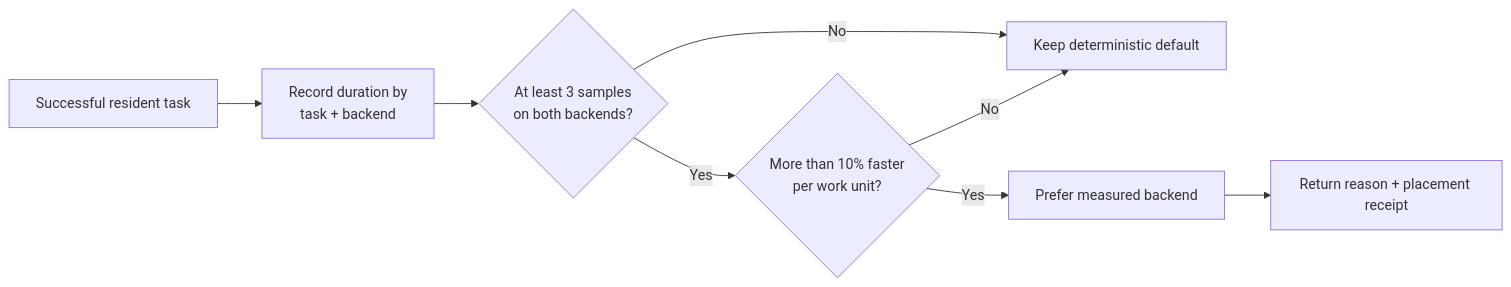
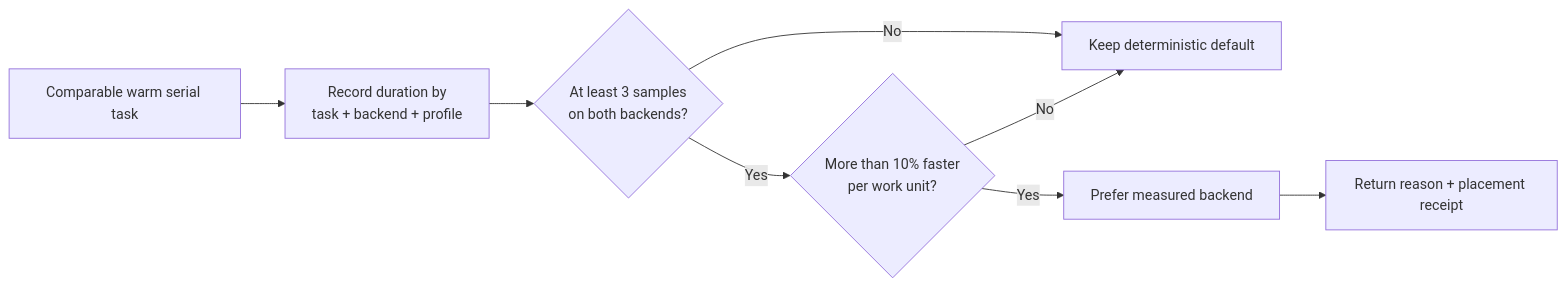
One commit to bgauryy/FreeLlama changed the third of 3 diagrams in docs/CPU_GPU_ROUTING.md. Above: the diagram before and after it, drawn with Mermaid. The commit also changed other lines of this file and 229 other files, not shown here.

````diff
--- a/docs/CPU_GPU_ROUTING.md
+++ b/docs/CPU_GPU_ROUTING.md
@@ -239,10 +267,10 @@
 ```mermaid
 flowchart LR
-    X["Successful resident task"] --> O["Record duration by<br/>task + backend"]
+    X["Comparable warm serial task"] --> O["Record duration by<br/>task + backend + profile"]
     O --> N{"At least 3 samples<br/>on both backends?"}
     N -->|"No"| D["Keep deterministic default"]
     N -->|"Yes"| C{"More than 10% faster<br/>per work unit?"}
     C -->|"Yes"| P["Prefer measured backend"]
     C -->|"No"| D
     P --> R["Return reason + placement receipt"]
 ```
````
